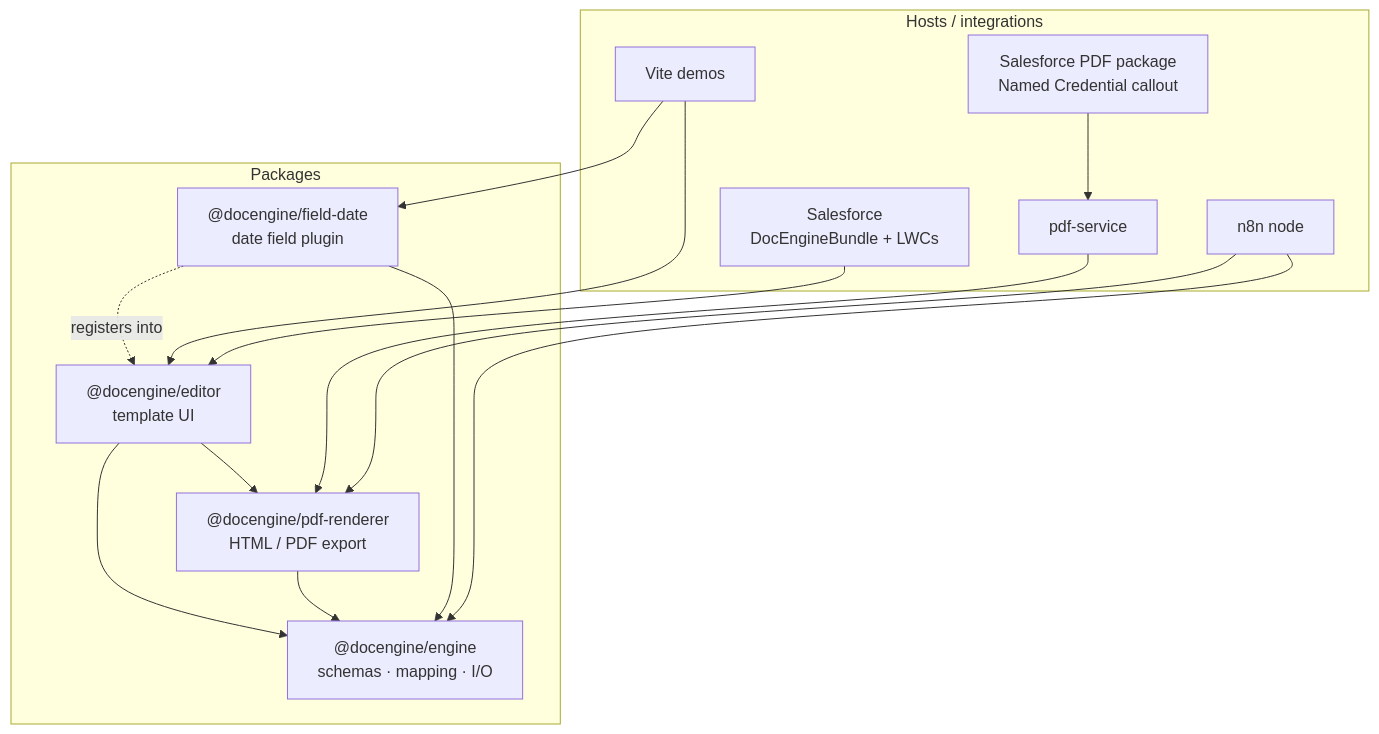
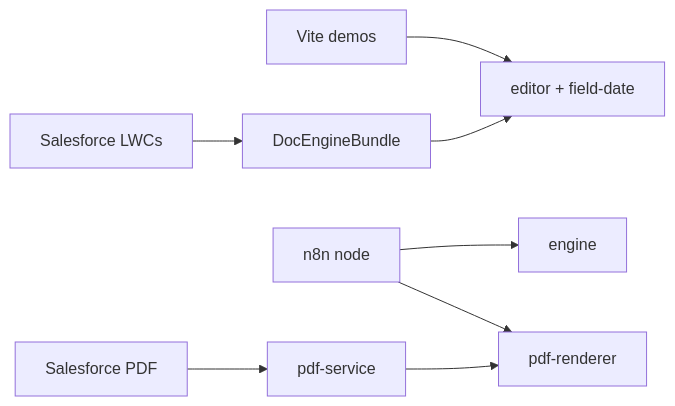
The second of 2 diagrams in README.md (YuriOsipov/docEngine), drawn with Mermaid before and after one commit. The commit also changed other lines of this file, not shown here.

Commit message:
Simplify README architecture into separate package and host diagrams.
Avoid one crowded Mermaid graph with crossing edges so the overview stays readable on GitHub.

````diff
--- a/README.md
+++ b/README.md
@@ -44,31 +57,10 @@
 ```mermaid
-flowchart TB
-  subgraph packages [Packages]
-    Engine["@docengine/engine<br/>schemas · mapping · I/O"]
-    Editor["@docengine/editor<br/>template UI"]
-    PDF["@docengine/pdf-renderer<br/>HTML / PDF export"]
-    Date["@docengine/field-date<br/>date field plugin"]
-  end
-
-  subgraph hosts [Hosts / integrations]
-    Demos["Vite demos"]
-    SF["Salesforce<br/>DocEngineBundle + LWCs"]
-    PdfSvc["pdf-service"]
-    N8N["n8n node"]
-    SfPdf["Salesforce PDF package<br/>Named Credential callout"]
-  end
-
-  Editor --> Engine
-  Editor --> PDF
-  PDF --> Engine
-  Date --> Engine
-  Date -.->|registers into| Editor
-
-  Demos --> Editor
-  Demos --> Date
-  SF --> Editor
-  PdfSvc --> PDF
-  N8N --> Engine
-  N8N --> PDF
-  SfPdf --> PdfSvc
+flowchart LR
+  Demos["Vite demos"] --> Editor["editor + field-date"]
+  SF["Salesforce LWCs"] --> Bundle["DocEngineBundle"]
+  Bundle --> Editor
+  N8N["n8n node"] --> Engine["engine"]
+  N8N --> PDF["pdf-renderer"]
+  PdfSvc["pdf-service"] --> PDF
+  SfPdf["Salesforce PDF"] --> PdfSvc
 ```
````
